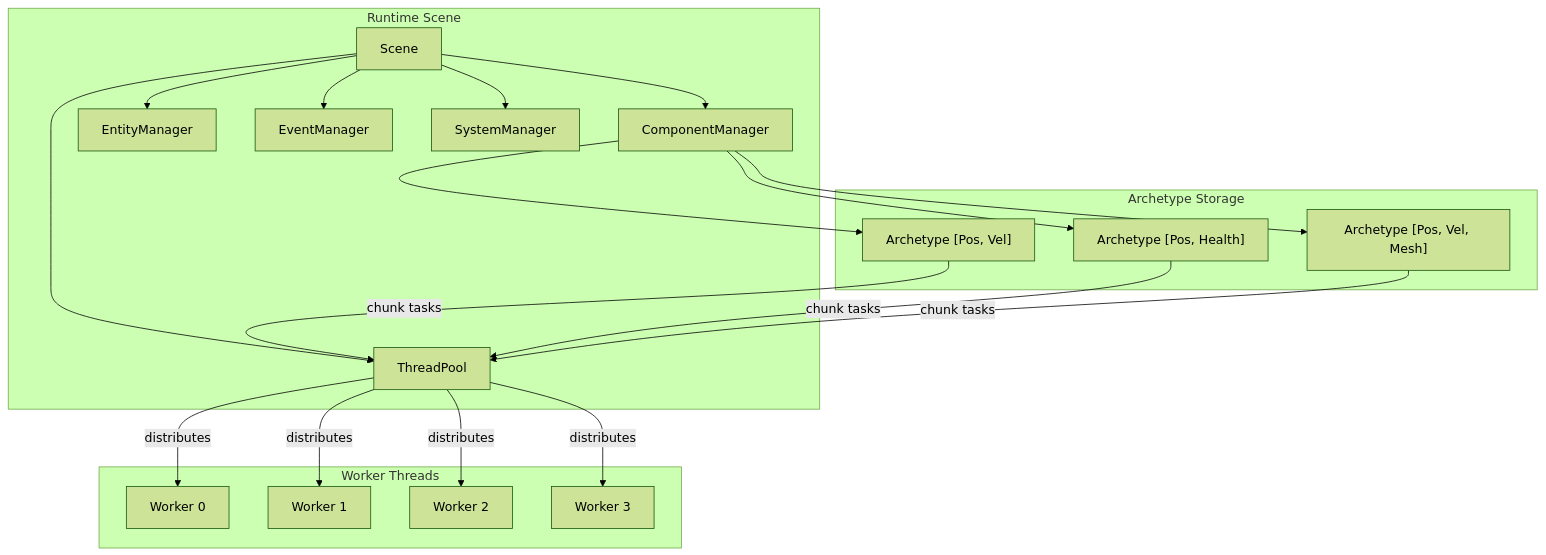
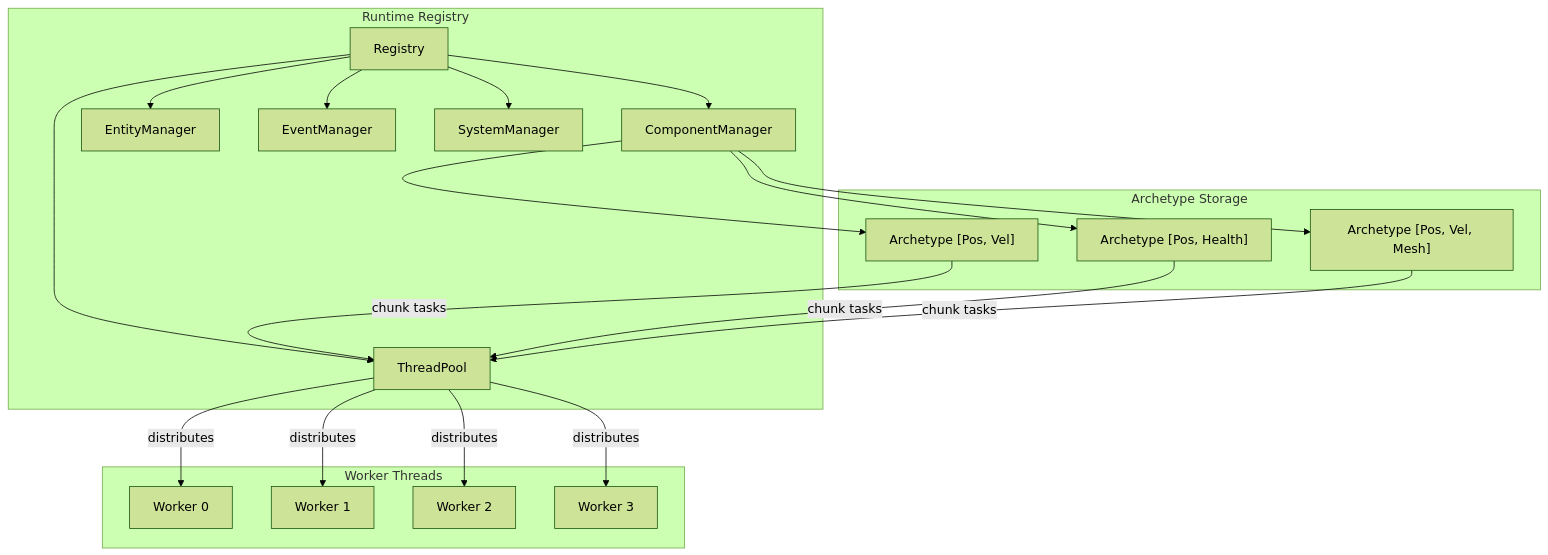
Before and after one commit to gilmar-sales/Freyr: the diagram in docs/index.md, drawn with Mermaid (forest theme). The commit also changed other lines of this file and 17 other files, not shown here.

````diff
--- a/docs/index.md
+++ b/docs/index.md
@@ -15,43 +15,43 @@
 ```mermaid
 graph TB
-    subgraph Runtime["Runtime Scene"]
-        SC["Scene"]
+    subgraph Runtime["Runtime Registry"]
+        SC["Registry"]
         CM["ComponentManager"]
         EM["EntityManager"]
         EVM["EventManager"]
         SM["SystemManager"]
         TP["ThreadPool"]
     end
 
     subgraph Storage["Archetype Storage"]
         A1["Archetype [Pos, Vel]"]
         A2["Archetype [Pos, Health]"]
         A3["Archetype [Pos, Vel, Mesh]"]
     end
 
     subgraph Workers["Worker Threads"]
         W1["Worker 0"]
         W2["Worker 1"]
         W3["Worker 2"]
         W4["Worker 3"]
     end
 
     SC --> CM
     SC --> EM
     SC --> EVM
     SC --> SM
     SC --> TP
 
     CM --> A1
     CM --> A2
     CM --> A3
 
     A1 -->|chunk tasks| TP
     A2 -->|chunk tasks| TP
     A3 -->|chunk tasks| TP
 
     TP -->|distributes| W1
     TP -->|distributes| W2
     TP -->|distributes| W3
     TP -->|distributes| W4
 ```
````
